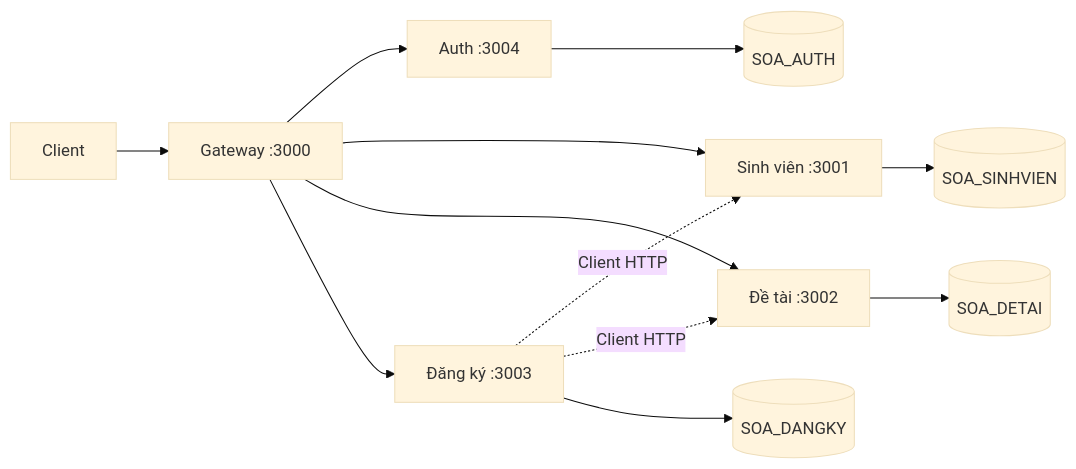
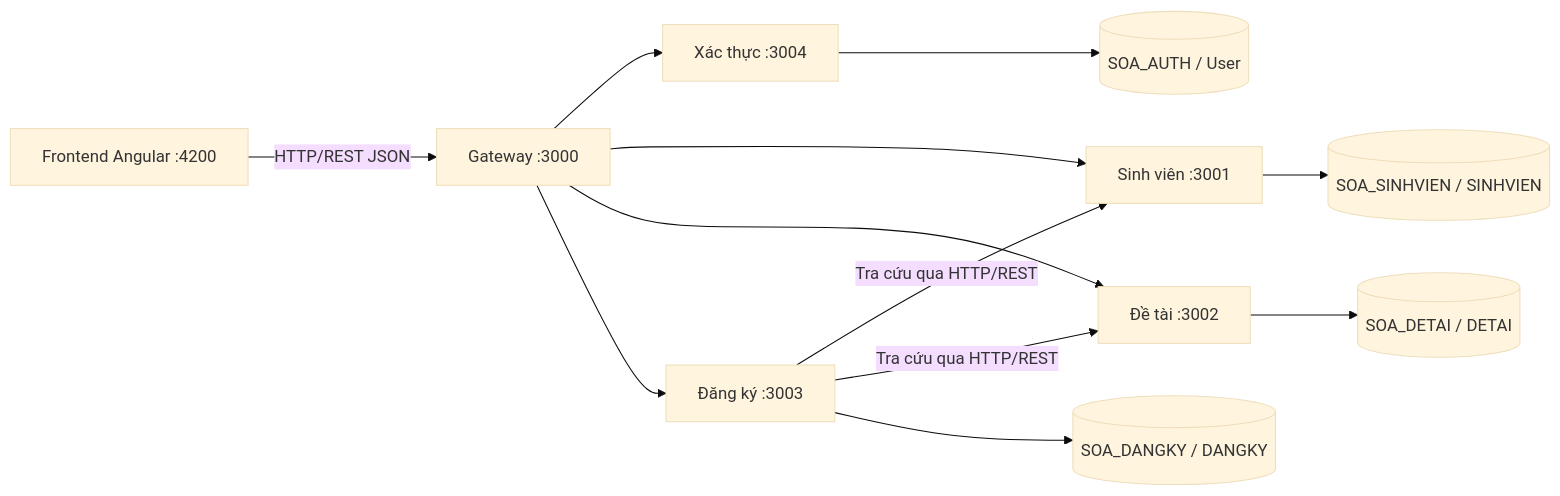
One commit to tuwns05/Demo_Nest_JS_SOA changed the first of 2 diagrams in README.md. Above: the diagram before and after it, drawn with Mermaid (base theme). The commit also changed other lines of this file and 5 other files, not shown here.

````diff
--- a/README.md
+++ b/README.md
@@ -5,14 +22,14 @@
 ```mermaid
 flowchart LR
-  C[Client] --> G[Gateway :3000]
-  G --> A[Auth :3004]
+  UI[Frontend Angular :4200] -->|HTTP/REST JSON| G[Gateway :3000]
+  G --> A[Xác thực :3004]
   G --> S[Sinh viên :3001]
   G --> D[Đề tài :3002]
   G --> K[Đăng ký :3003]
-  K -. Client HTTP .-> S
-  K -. Client HTTP .-> D
-  A --> DBA[(SOA_AUTH)]
-  S --> DBS[(SOA_SINHVIEN)]
-  D --> DBD[(SOA_DETAI)]
-  K --> DBK[(SOA_DANGKY)]
+  K -->|Tra cứu qua HTTP/REST| S
+  K -->|Tra cứu qua HTTP/REST| D
+  A --> DBA[(SOA_AUTH / User)]
+  S --> DBS[(SOA_SINHVIEN / SINHVIEN)]
+  D --> DBD[(SOA_DETAI / DETAI)]
+  K --> DBK[(SOA_DANGKY / DANGKY)]
 ```
````
